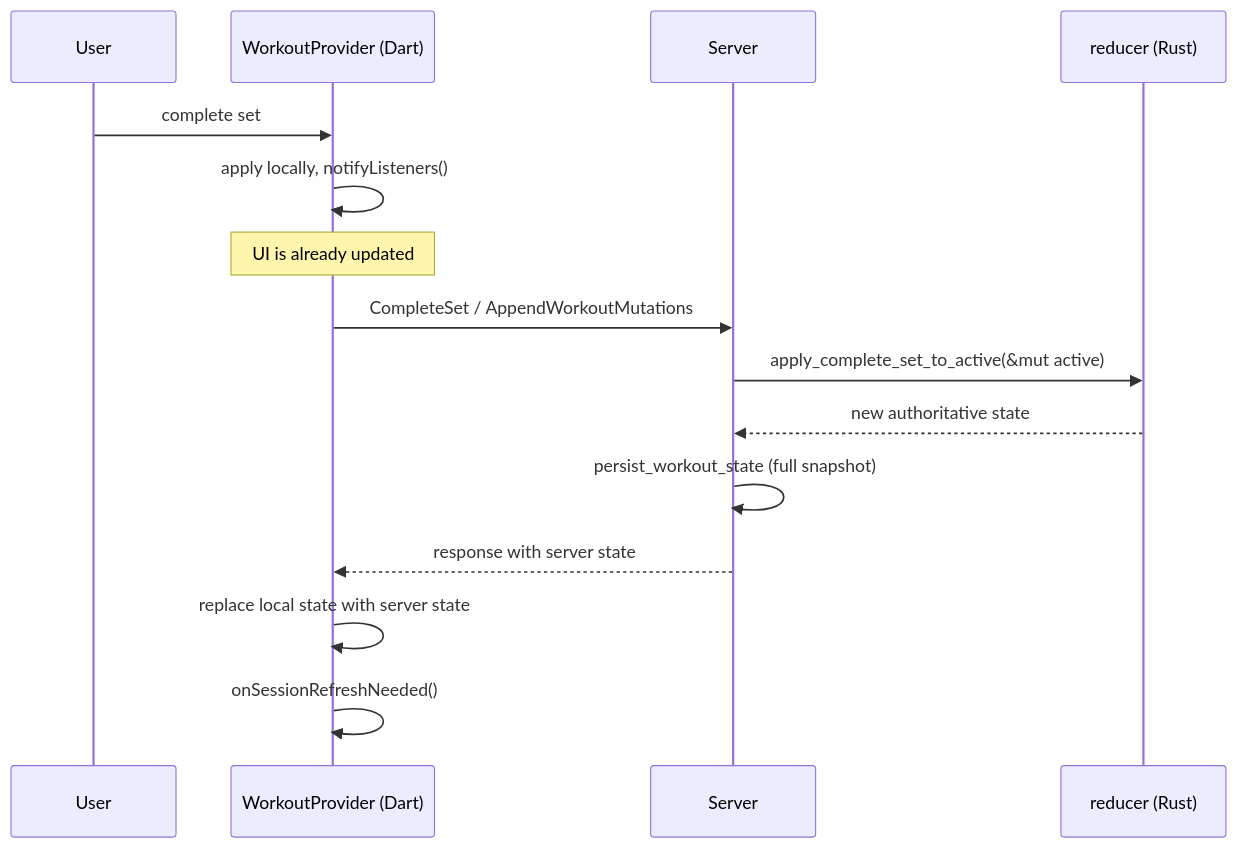
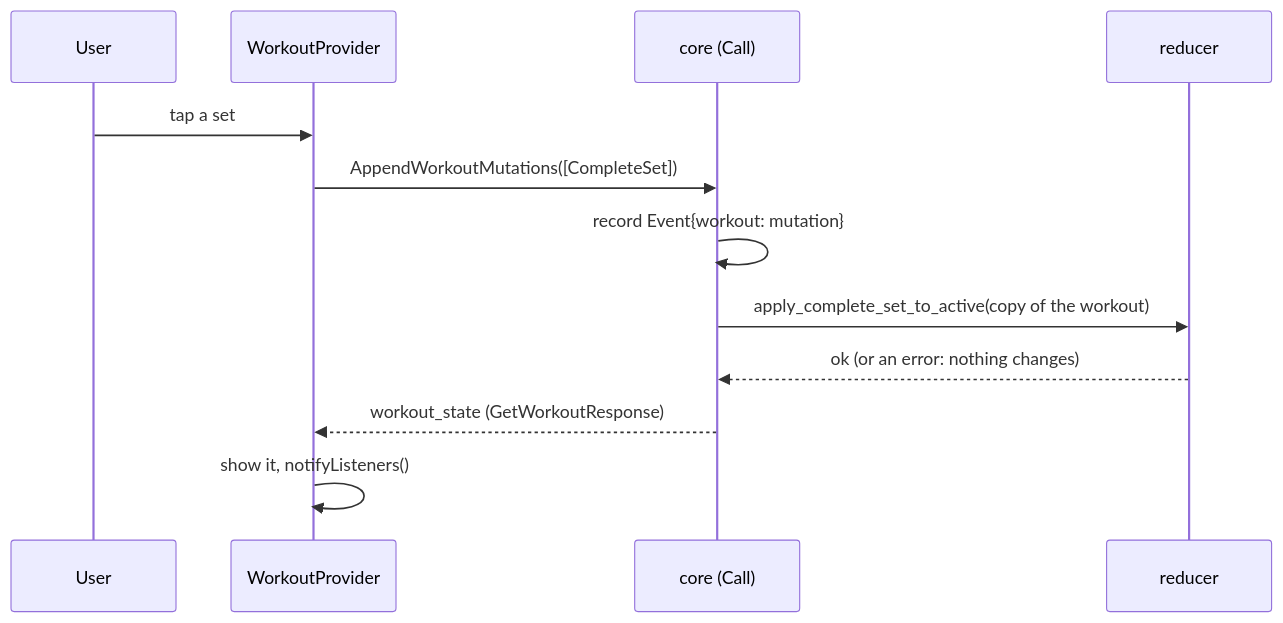
The fifth of 7 diagrams in docs/architecture/workout-lifecycle.md (brensch/lift), drawn with Mermaid before and after one commit. The commit also changed other lines of this file and 214 other files, not shown here.

First line of the commit message:
Local-first: the Rust core on the phone (#74)

````diff
--- a/docs/architecture/workout-lifecycle.md
+++ b/docs/architecture/workout-lifecycle.md
@@ -178,18 +185,15 @@
 ```mermaid
 sequenceDiagram
     participant U as User
-    participant P as WorkoutProvider (Dart)
-    participant S as Server
-    participant R as reducer (Rust)
+    participant P as WorkoutProvider
+    participant C as core (Call)
+    participant R as reducer
 
-    U->>P: complete set
-    P->>P: apply locally, notifyListeners()
-    Note over P: UI is already updated
-    P->>S: CompleteSet / AppendWorkoutMutations
-    S->>R: apply_complete_set_to_active(&mut active)
-    R-->>S: new authoritative state
-    S->>S: persist_workout_state (full snapshot)
-    S-->>P: response with server state
-    P->>P: replace local state with server state
-    P->>P: onSessionRefreshNeeded()
+    U->>P: tap a set
+    P->>C: AppendWorkoutMutations([CompleteSet])
+    C->>C: record Event{workout: mutation}
+    C->>R: apply_complete_set_to_active(copy of the workout)
+    R-->>C: ok (or an error: nothing changes)
+    C-->>P: workout_state (GetWorkoutResponse)
+    P->>P: show it, notifyListeners()
 ```
````
